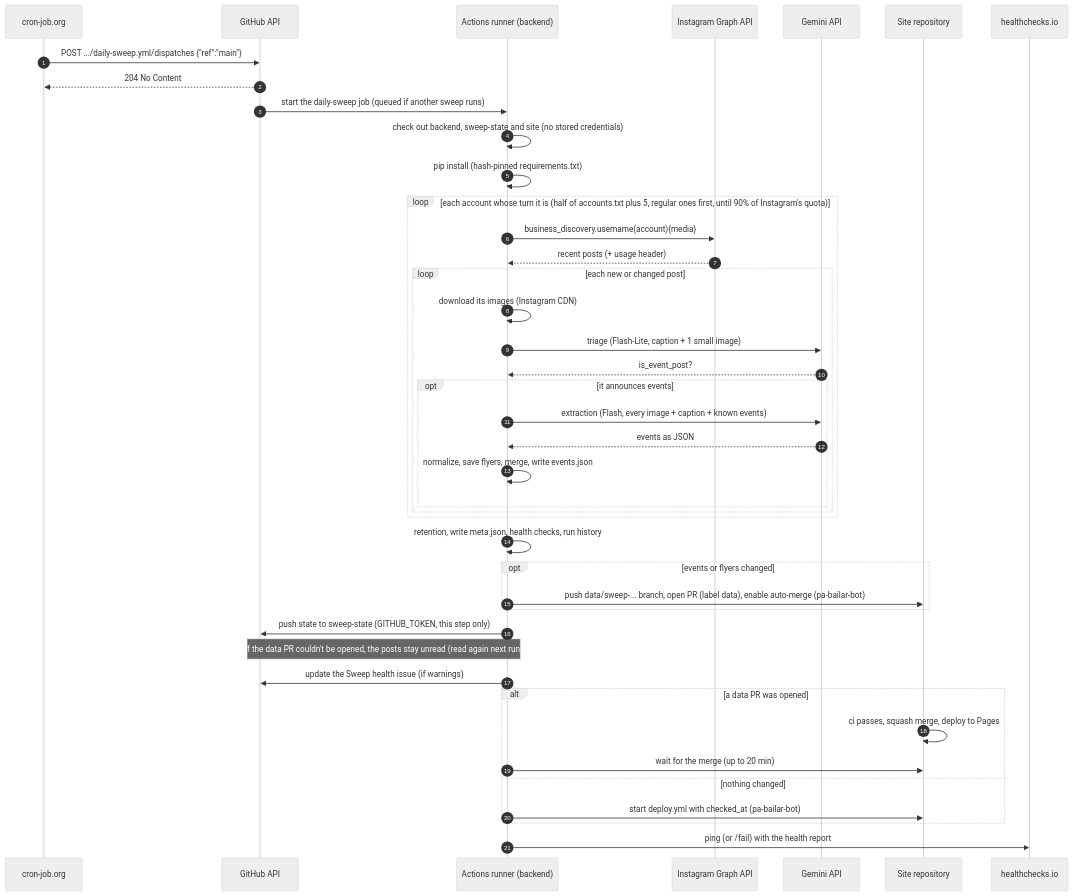
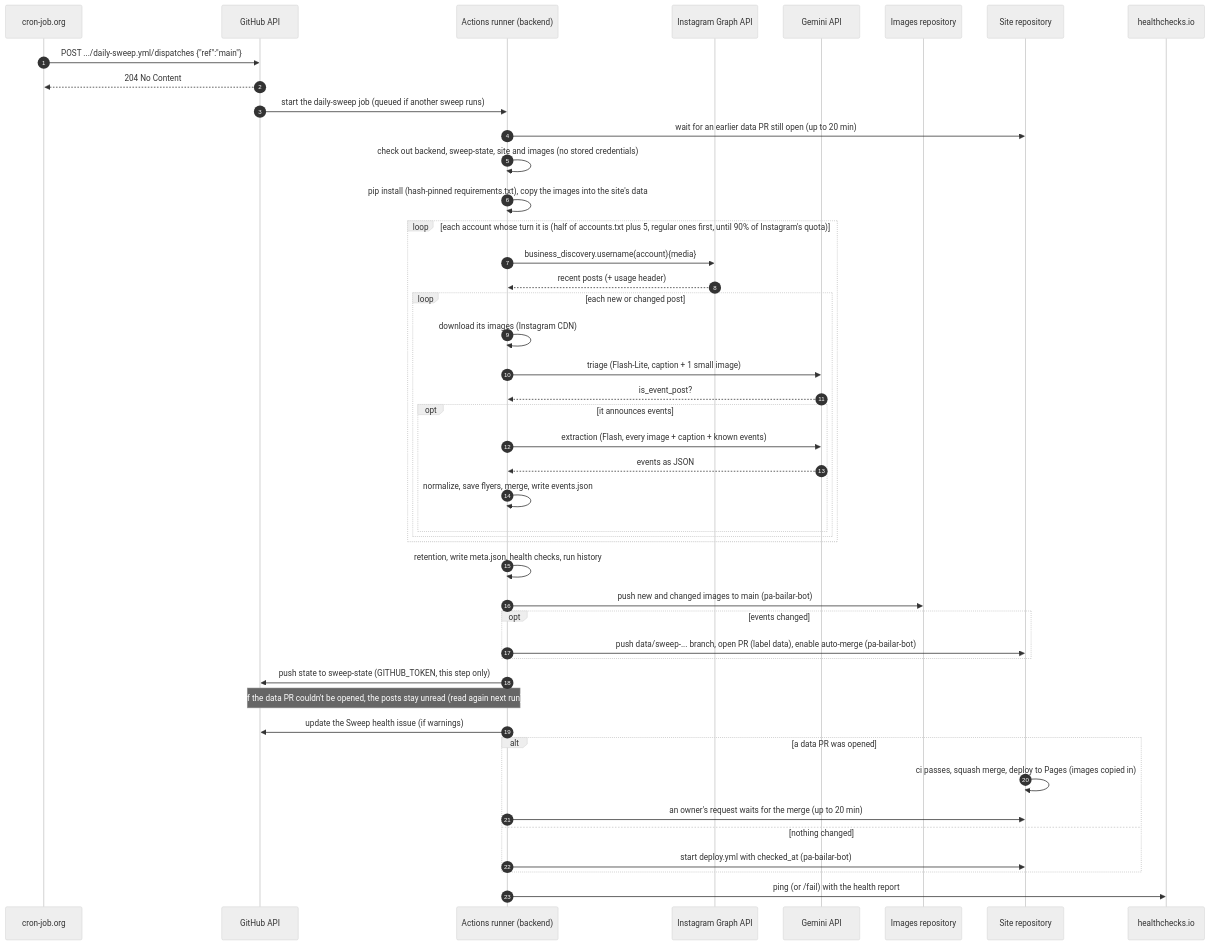
One commit to pa-bailar/backend changed the second of 12 diagrams in docs/ARCHITECTURE.md. Above: the diagram before and after it, drawn with Mermaid (neutral theme). The commit also changed other lines of this file, not shown here.

````diff
--- a/docs/ARCHITECTURE.md
+++ b/docs/ARCHITECTURE.md
@@ -277,45 +287,48 @@
 ```mermaid
 sequenceDiagram
     autonumber
     participant CJ as cron-job.org
     participant GH as GitHub API
     participant R as Actions runner (backend)
     participant IG as Instagram Graph API
     participant G as Gemini API
+    participant M as Images repository
     participant S as Site repository
     participant HC as healthchecks.io
 
     CJ->>GH: POST .../daily-sweep.yml/dispatches {"ref":"main"}
     GH-->>CJ: 204 No Content
     GH->>R: start the daily-sweep job (queued if another sweep runs)
-    R->>R: check out backend, sweep-state and site (no stored credentials)
-    R->>R: pip install (hash-pinned requirements.txt)
+    R->>S: wait for an earlier data PR still open (up to 20 min)
+    R->>R: check out backend, sweep-state, site and images (no stored credentials)
+    R->>R: pip install (hash-pinned requirements.txt), copy the images into the site's data
     loop each account whose turn it is (half of accounts.txt plus 5, regular ones first, until 90% of Instagram's quota)
         R->>IG: business_discovery.username(account){media}
         IG-->>R: recent posts (+ usage header)
         loop each new or changed post
             R->>R: download its images (Instagram CDN)
             R->>G: triage (Flash-Lite, caption + 1 small image)
             G-->>R: is_event_post?
             opt it announces events
                 R->>G: extraction (Flash, every image + caption + known events)
                 G-->>R: events as JSON
                 R->>R: normalize, save flyers, merge, write events.json
             end
         end
     end
     R->>R: retention, write meta.json, health checks, run history
-    opt events or flyers changed
+    R->>M: push new and changed images to main (pa-bailar-bot)
+    opt events changed
         R->>S: push data/sweep-... branch, open PR (label data), enable auto-merge (pa-bailar-bot)
     end
     R->>GH: push state to sweep-state (GITHUB_TOKEN, this step only)
     Note over R,GH: if the data PR couldn't be opened, the posts stay unread (read again next run)
     R->>GH: update the Sweep health issue (if warnings)
     alt a data PR was opened
-        S->>S: ci passes, squash merge, deploy to Pages
-        R->>S: wait for the merge (up to 20 min)
+        S->>S: ci passes, squash merge, deploy to Pages (images copied in)
+        R->>S: an owner's request waits for the merge (up to 20 min)
     else nothing changed
         R->>S: start deploy.yml with checked_at (pa-bailar-bot)
     end
     R->>HC: ping (or /fail) with the health report
 ```
````
